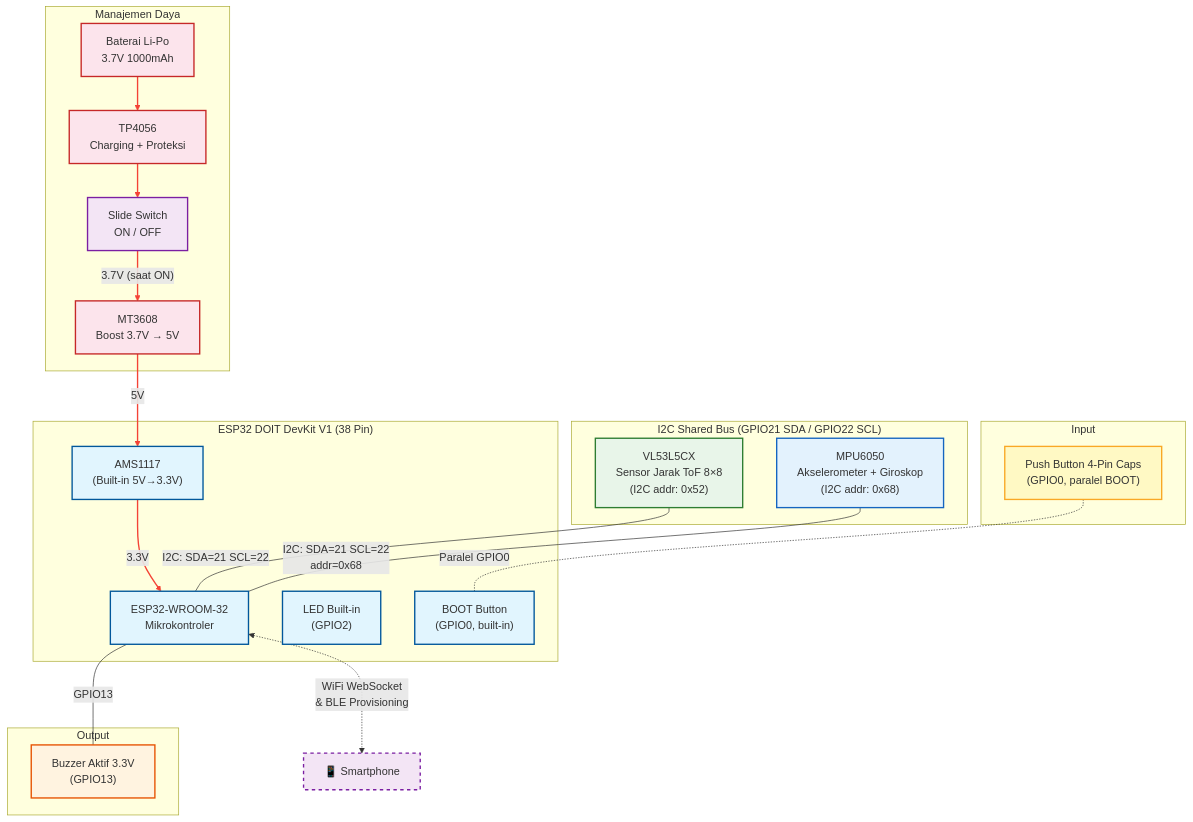
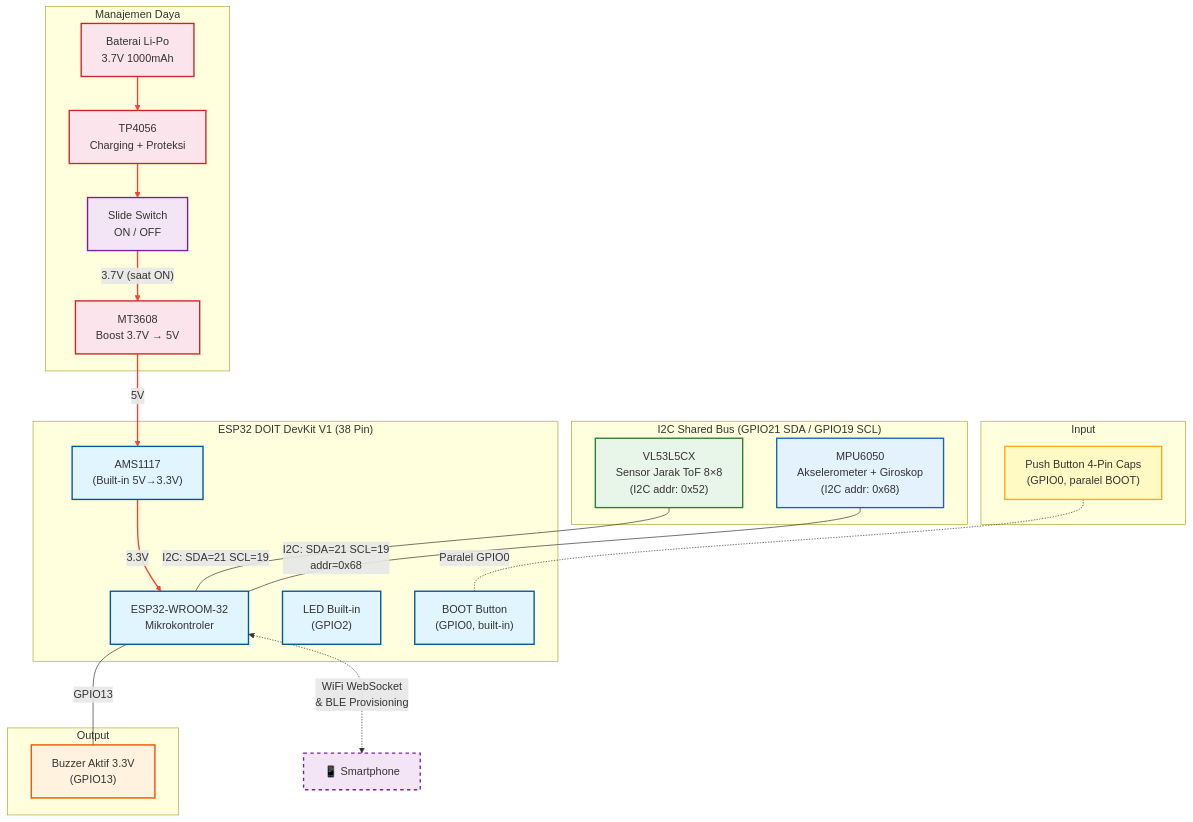
One commit to aan-andiyanaS/VNetra-Lite changed the sixth of 6 diagrams in firmware-vnetra/wiring-diagram.md. Above: the diagram before and after it, drawn with Mermaid. The commit also changed other lines of this file and 1 other file, not shown here.

Commit message:
chore: Group I2C and LPn pins for ESP32 (SDA=21, SCL=19, LPN=18) to be contiguous with GND

````diff
--- a/firmware-vnetra/wiring-diagram.md
+++ b/firmware-vnetra/wiring-diagram.md
@@ -359,64 +359,64 @@
 ```mermaid
 flowchart TB
     subgraph POWER_CHAIN ["Manajemen Daya"]
         LIPO["Baterai Li-Po<br/>3.7V 1000mAh"]
         TP4056["TP4056<br/>Charging + Proteksi"]
         MT3608["MT3608<br/>Boost 3.7V → 5V"]
         SW["Slide Switch<br/>ON / OFF"]
     end
 
     subgraph ESP32_BOARD ["ESP32 DOIT DevKit V1 (38 Pin)"]
         ESP32["ESP32-WROOM-32<br/>Mikrokontroler"]
         AMS["AMS1117<br/>(Built-in 5V→3.3V)"]
         LED_BI["LED Built-in<br/>(GPIO2)"]
         BOOT_BI["BOOT Button<br/>(GPIO0, built-in)"]
     end
 
-    subgraph I2C_BUS ["I2C Shared Bus (GPIO21 SDA / GPIO22 SCL)"]
+    subgraph I2C_BUS ["I2C Shared Bus (GPIO21 SDA / GPIO19 SCL)"]
         TOF["VL53L5CX<br/>Sensor Jarak ToF 8×8<br/>(I2C addr: 0x52)"]
         IMU["MPU6050<br/>Akselerometer + Giroskop<br/>(I2C addr: 0x68)"]
     end
 
     subgraph OUTPUT ["Output"]
         BUZZ["Buzzer Aktif 3.3V<br/>(GPIO13)"]
     end
 
     subgraph INPUT ["Input"]
         BTN_EXT["Push Button 4-Pin Caps<br/>(GPIO0, paralel BOOT)"]
     end
 
     %% Jalur Daya
     LIPO --> TP4056
     TP4056 --> SW
     SW -->|"3.7V (saat ON)"| MT3608
     MT3608 -->|"5V"| AMS
     AMS -->|"3.3V"| ESP32
 
     %% Data
-    TOF ---|I2C: SDA=21 SCL=22| ESP32
-    IMU ---|I2C: SDA=21 SCL=22<br/>addr=0x68| ESP32
+    TOF ---|I2C: SDA=21 SCL=19| ESP32
+    IMU ---|I2C: SDA=21 SCL=19<br/>addr=0x68| ESP32
     ESP32 ---|GPIO13| BUZZ
     BTN_EXT -.-|"Paralel GPIO0"| BOOT_BI
 
     ESP32 <-.->|WiFi WebSocket<br/>& BLE Provisioning| PHONE["📱 Smartphone"]
 
     classDef mcu fill:#e1f5fe,stroke:#01579b,stroke-width:2px;
     classDef sensor fill:#e8f5e9,stroke:#2e7d32,stroke-width:2px;
     classDef imu fill:#e3f2fd,stroke:#1565c0,stroke-width:2px;
     classDef output fill:#fff3e0,stroke:#e65100,stroke-width:2px;
     classDef power fill:#fce4ec,stroke:#c62828,stroke-width:2px;
     classDef sw fill:#f3e5f5,stroke:#7b1fa2,stroke-width:2px;
     classDef input fill:#fff9c4,stroke:#f9a825,stroke-width:2px;
     classDef external fill:#f3e5f5,stroke:#7b1fa2,stroke-width:2px,stroke-dasharray: 5 5;
 
     class ESP32,AMS,LED_BI,BOOT_BI mcu;
     class TOF sensor;
     class IMU imu;
     class BUZZ output;
     class BTN_EXT input;
     class LIPO,TP4056,MT3608 power;
     class SW sw;
     class PHONE external;
 
     linkStyle 0,1,2,3,4 stroke:#f44336,stroke-width:2px;
 ```
````
